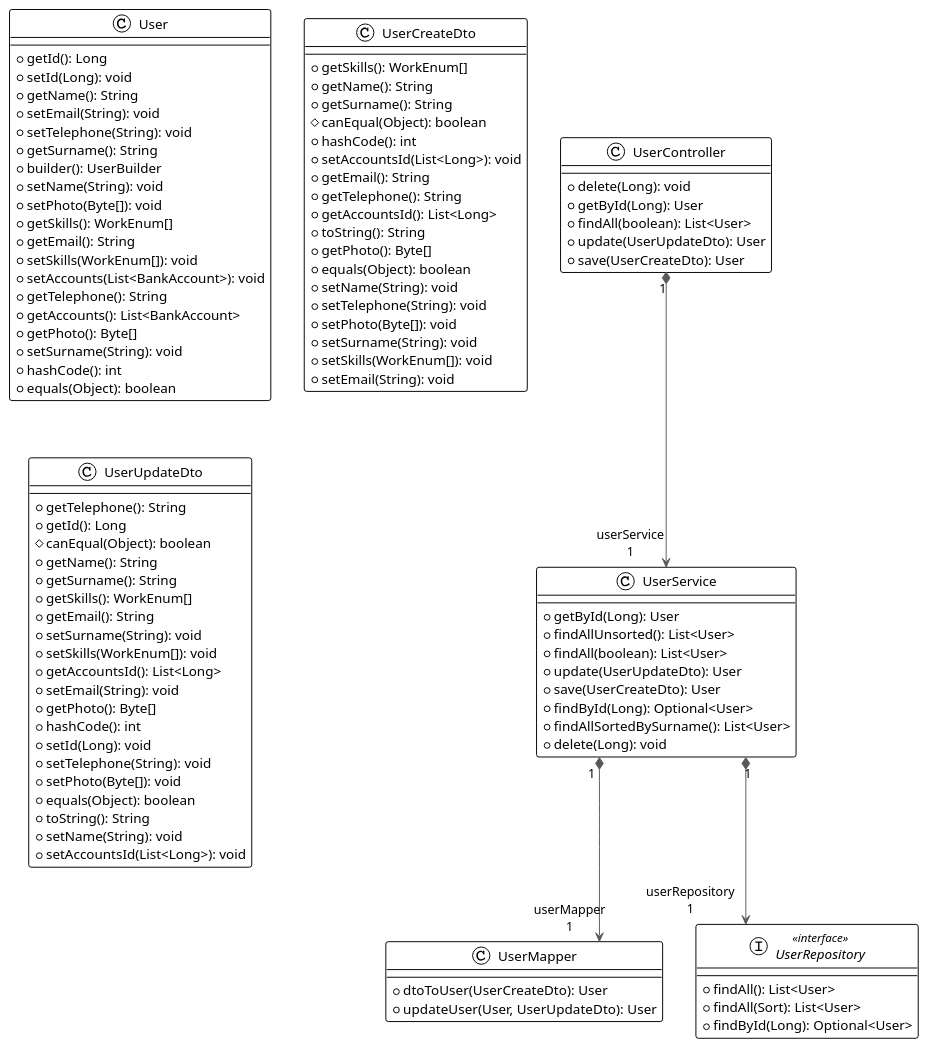
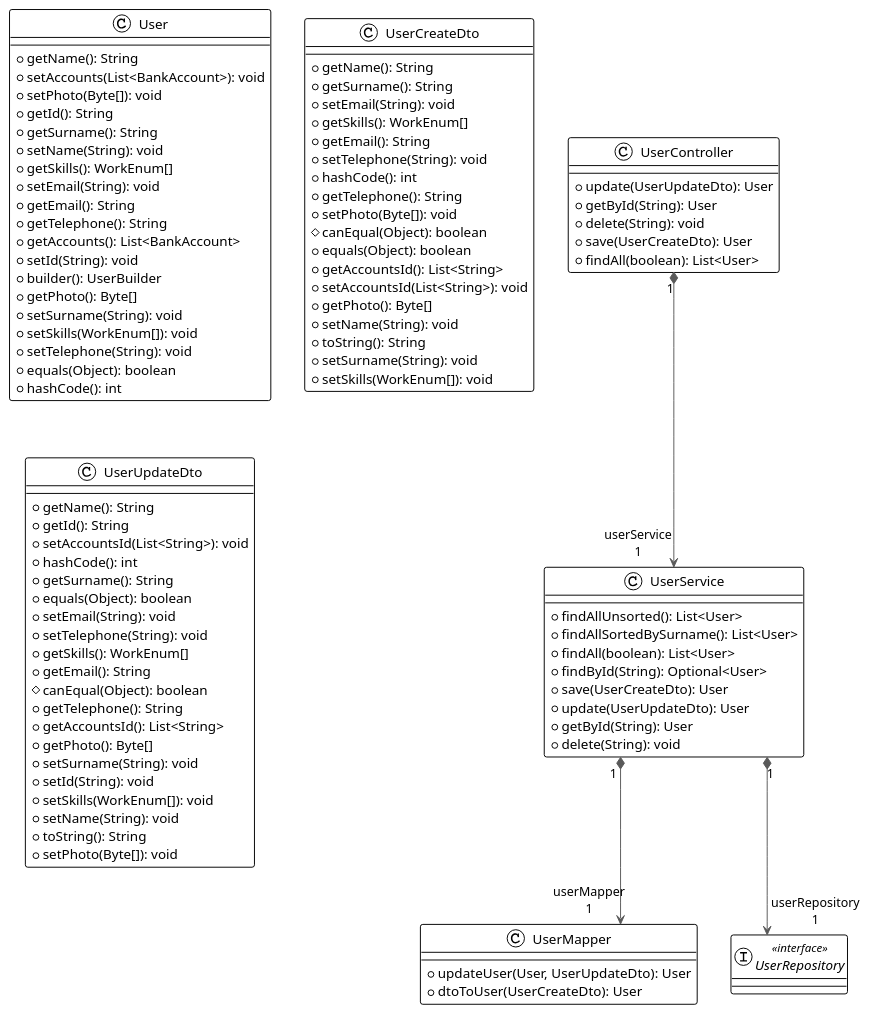
The diagram in HandymanService/docs/code/user.plantuml (okedrovskikh/VOgorode), drawn with PlantUML before and after one commit. The commit also changed 36 other files, not shown here.

```diff
--- a/HandymanService/docs/code/user.plantuml
+++ b/HandymanService/docs/code/user.plantuml
@@ -1,100 +1,96 @@
 @startuml
 
 !theme plain
 top to bottom direction
 skinparam linetype ortho
 
 class User {
-  + getId(): Long
-  + setId(Long): void
   + getName(): String
+  + setAccounts(List<BankAccount>): void
+  + setPhoto(Byte[]): void
+  + getId(): String
+  + getSurname(): String
+  + setName(String): void
+  + getSkills(): WorkEnum[]
+  + setEmail(String): void
+  + getEmail(): String
+  + getTelephone(): String
+  + getAccounts(): List<BankAccount>
+  + setId(String): void
+  + builder(): UserBuilder
+  + getPhoto(): Byte[]
+  + setSurname(String): void
+  + setSkills(WorkEnum[]): void
+  + setTelephone(String): void
+  + equals(Object): boolean
+  + hashCode(): int
+}
+class UserController {
+  + update(UserUpdateDto): User
+  + getById(String): User
+  + delete(String): void
+  + save(UserCreateDto): User
+  + findAll(boolean): List<User>
+}
+class UserCreateDto {
+  + getName(): String
+  + getSurname(): String
+  + setEmail(String): void
+  + getSkills(): WorkEnum[]
+  + getEmail(): String
+  + setTelephone(String): void
+  + hashCode(): int
+  + getTelephone(): String
+  + setPhoto(Byte[]): void
+  # canEqual(Object): boolean
+  + equals(Object): boolean
+  + getAccountsId(): List<String>
+  + setAccountsId(List<String>): void
+  + getPhoto(): Byte[]
+  + setName(String): void
+  + toString(): String
+  + setSurname(String): void
+  + setSkills(WorkEnum[]): void
+}
+class UserMapper {
+  + updateUser(User, UserUpdateDto): User
+  + dtoToUser(UserCreateDto): User
+}
+interface UserRepository << interface >>
+class UserService {
+  + findAllUnsorted(): List<User>
+  + findAllSortedBySurname(): List<User>
+  + findAll(boolean): List<User>
+  + findById(String): Optional<User>
+  + save(UserCreateDto): User
+  + update(UserUpdateDto): User
+  + getById(String): User
+  + delete(String): void
+}
+class UserUpdateDto {
+  + getName(): String
+  + getId(): String
+  + setAccountsId(List<String>): void
+  + hashCode(): int
+  + getSurname(): String
+  + equals(Object): boolean
   + setEmail(String): void
   + setTelephone(String): void
-  + getSurname(): String
-  + builder(): UserBuilder
-  + setName(String): void
-  + setPhoto(Byte[]): void
   + getSkills(): WorkEnum[]
   + getEmail(): String
-  + setSkills(WorkEnum[]): void
-  + setAccounts(List<BankAccount>): void
+  # canEqual(Object): boolean
   + getTelephone(): String
-  + getAccounts(): List<BankAccount>
+  + getAccountsId(): List<String>
   + getPhoto(): Byte[]
   + setSurname(String): void
-  + hashCode(): int
-  + equals(Object): boolean
-}
-class UserController {
-  + delete(Long): void
-  + getById(Long): User
-  + findAll(boolean): List<User>
-  + update(UserUpdateDto): User
-  + save(UserCreateDto): User
-}
-class UserCreateDto {
-  + getSkills(): WorkEnum[]
-  + getName(): String
-  + getSurname(): String
-  # canEqual(Object): boolean
-  + hashCode(): int
-  + setAccountsId(List<Long>): void
-  + getEmail(): String
-  + getTelephone(): String
-  + getAccountsId(): List<Long>
+  + setId(String): void
+  + setSkills(WorkEnum[]): void
+  + setName(String): void
   + toString(): String
-  + getPhoto(): Byte[]
-  + equals(Object): boolean
-  + setName(String): void
-  + setTelephone(String): void
   + setPhoto(Byte[]): void
-  + setSurname(String): void
-  + setSkills(WorkEnum[]): void
-  + setEmail(String): void
-}
-class UserMapper {
-  + dtoToUser(UserCreateDto): User
-  + updateUser(User, UserUpdateDto): User
-}
-interface UserRepository << interface >> {
-  + findAll(): List<User>
-  + findAll(Sort): List<User>
-  + findById(Long): Optional<User>
-}
-class UserService {
-  + getById(Long): User
-  + findAllUnsorted(): List<User>
-  + findAll(boolean): List<User>
-  + update(UserUpdateDto): User
-  + save(UserCreateDto): User
-  + findById(Long): Optional<User>
-  + findAllSortedBySurname(): List<User>
-  + delete(Long): void
-}
-class UserUpdateDto {
-  + getTelephone(): String
-  + getId(): Long
-  # canEqual(Object): boolean
-  + getName(): String
-  + getSurname(): String
-  + getSkills(): WorkEnum[]
-  + getEmail(): String
-  + setSurname(String): void
-  + setSkills(WorkEnum[]): void
-  + getAccountsId(): List<Long>
-  + setEmail(String): void
-  + getPhoto(): Byte[]
-  + hashCode(): int
-  + setId(Long): void
-  + setTelephone(String): void
-  + setPhoto(Byte[]): void
-  + equals(Object): boolean
-  + toString(): String
-  + setName(String): void
-  + setAccountsId(List<Long>): void
 }
 
 UserController "1" *-[#595959,plain]-> "userService\n1" UserService    
 UserService    "1" *-[#595959,plain]-> "userMapper\n1" UserMapper     
 UserService    "1" *-[#595959,plain]-> "userRepository\n1" UserRepository 
 @enduml
```
